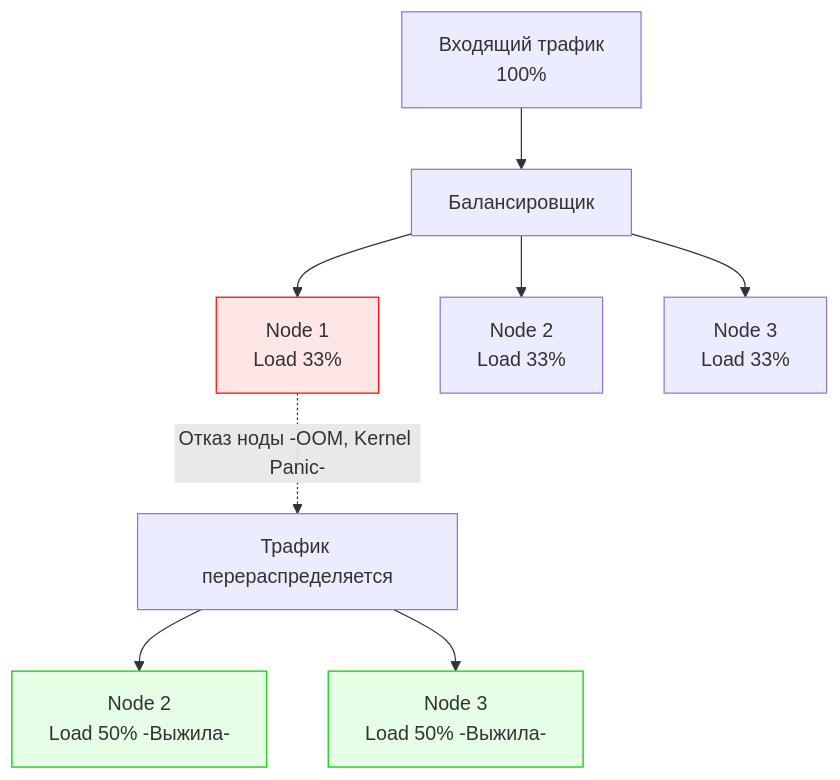
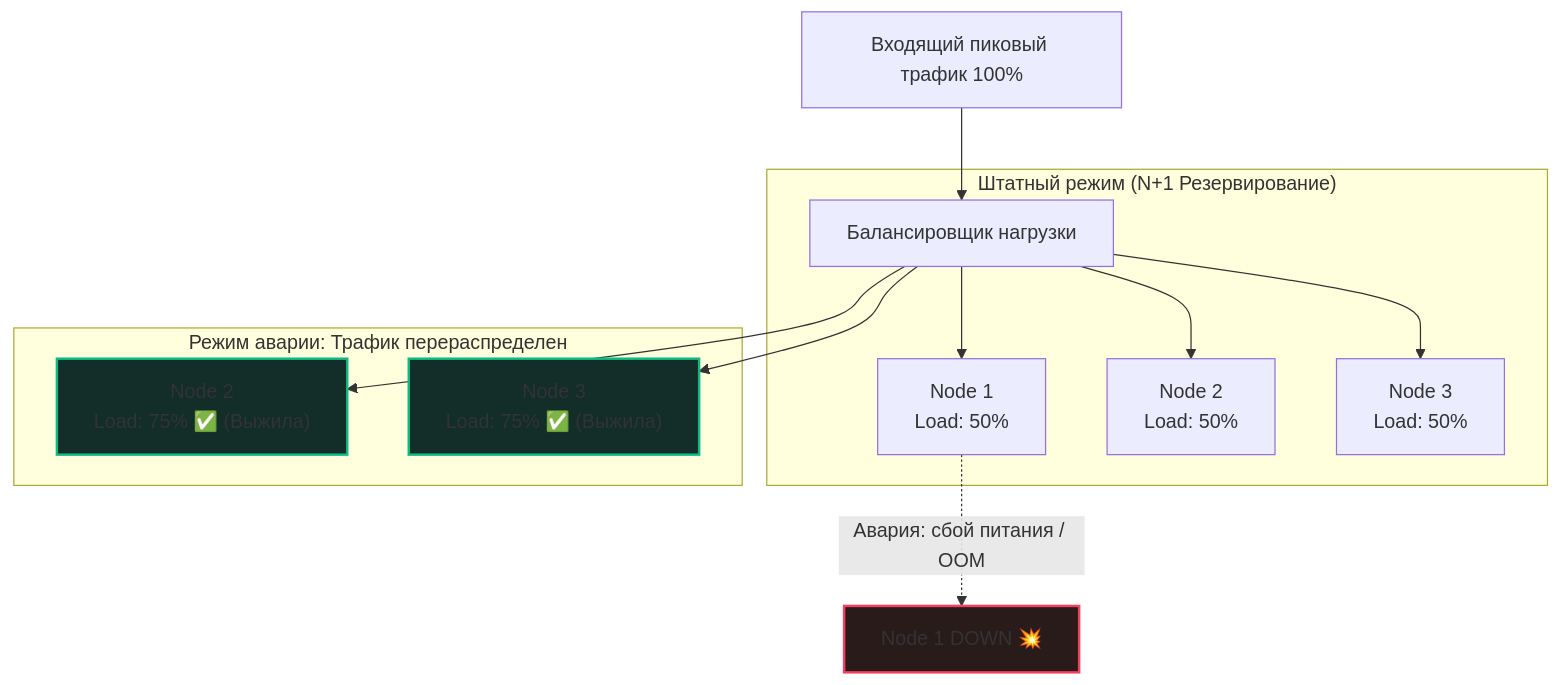
One commit to UnrealTemplier/go-textbook changed the diagram in sources/16. Профилирование, отладка и производительность/10. Highload/6. Capacity planning.md. Above: the diagram before and after it, drawn with Mermaid. The commit also changed other lines of this file, not shown here.

````diff
--- a/sources/16. Профилирование, отладка и производительность/10. Highload/6. Capacity planning.md
+++ b/sources/16. Профилирование, отладка и производительность/10. Highload/6. Capacity planning.md
@@ -95,15 +135,21 @@
 ```mermaid
 flowchart TD
-    A["Входящий трафик<br>100%"] --> B["Балансировщик"]
-    B --> C["Node 1<br>Load 33%"]
-    B --> D["Node 2<br>Load 33%"]
-    B --> E["Node 3<br>Load 33%"]
+    Client["Входящий пиковый трафик 100%"] --> LB["Балансировщик нагрузки"]
     
-    C -.->|"Отказ ноды -OOM, Kernel Panic-"| F["Трафик перераспределяется"]
-    F --> D2["Node 2<br>Load 50% -Выжила-"]
-    F --> E2["Node 3<br>Load 50% -Выжила-"]
+    subgraph Cluster ["Штатный режим (N+1 Резервирование)"]
+        LB --> N1["Node 1<br>Load: 50%"]
+        LB --> N2["Node 2<br>Load: 50%"]
+        LB --> N3["Node 3<br>Load: 50%"]
+    end
     
-    style C fill:#ffe6e6,stroke:#ff0000
-    style D2 fill:#e6ffe6,stroke:#00cc00
-    style E2 fill:#e6ffe6,stroke:#00cc00
+    N1 -.->|"Авария: сбой питания / OOM"| Failed["Node 1 DOWN 💥"]
+    
+    subgraph Failover ["Режим аварии: Трафик перераспределен"]
+        LB --> N2F["Node 2<br>Load: 75% ✅ (Выжила)"]
+        LB --> N3F["Node 3<br>Load: 75% ✅ (Выжила)"]
+    end
+    
+    style Failed fill:#2a1b1b,stroke:#f43f5e,stroke-width:2px
+    style N2F fill:#132d29,stroke:#10b981,stroke-width:2px
+    style N3F fill:#132d29,stroke:#10b981,stroke-width:2px
 ```
````
